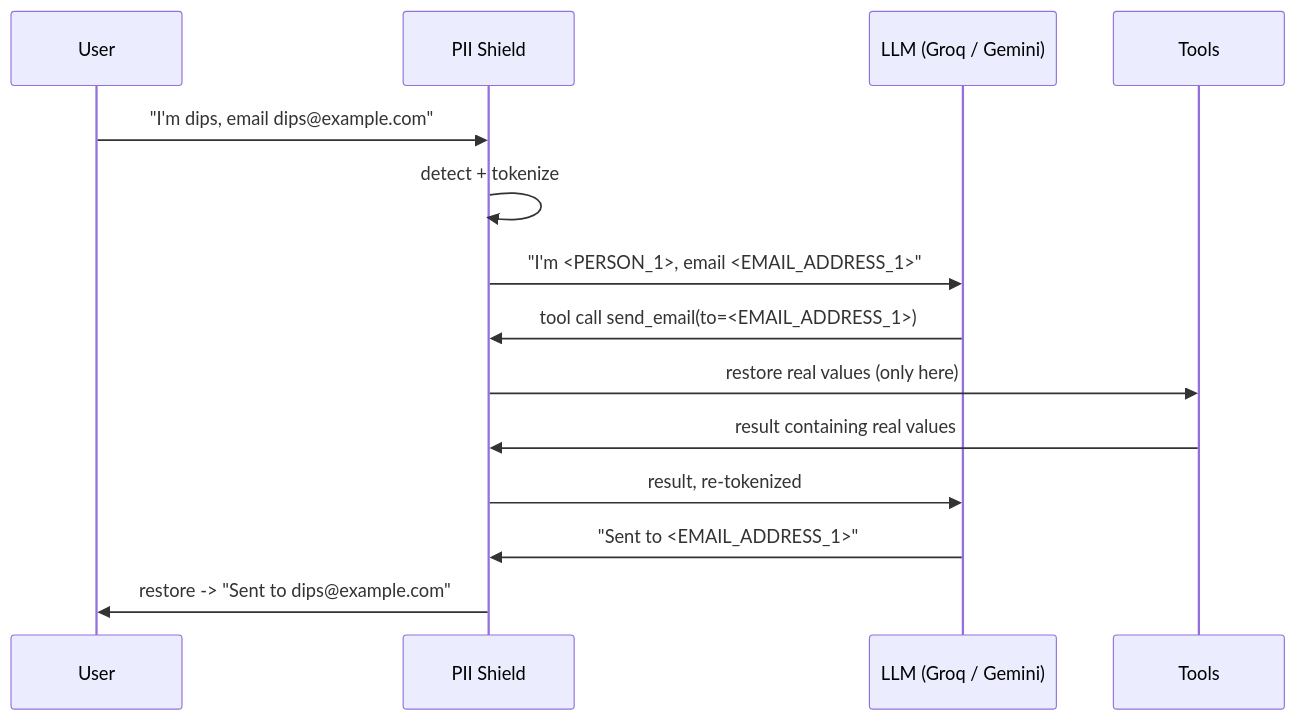
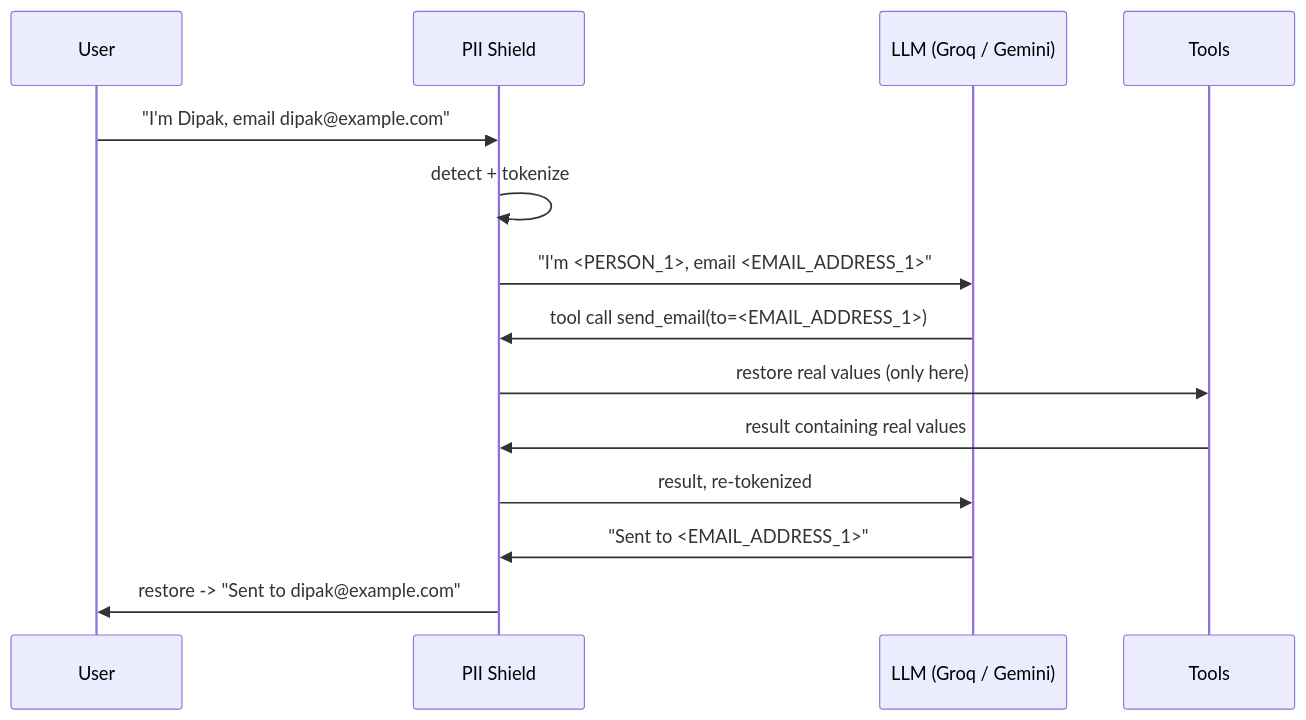
The diagram in README.md (dipak-shaaki/PII_Guardrails), drawn with Mermaid before and after one commit. The commit also changed other lines of this file and 21 other files, not shown here.

````diff
--- a/README.md
+++ b/README.md
@@ -13,17 +15,17 @@
 ```mermaid
 sequenceDiagram
     participant U as User
     participant S as PII Shield
     participant L as LLM (Groq / Gemini)
     participant T as Tools
 
-    U->>S: "I'm dips, email dips@example.com"
+    U->>S: "I'm Dipak, email dipak@example.com"
     S->>S: detect + tokenize
     S->>L: "I'm <PERSON_1>, email <EMAIL_ADDRESS_1>"
     L->>S: tool call send_email(to=<EMAIL_ADDRESS_1>)
     S->>T: restore real values (only here)
     T->>S: result containing real values
     S->>L: result, re-tokenized
     L->>S: "Sent to <EMAIL_ADDRESS_1>"
-    S->>U: restore -> "Sent to dips@example.com"
+    S->>U: restore -> "Sent to dipak@example.com"
 ```
````
